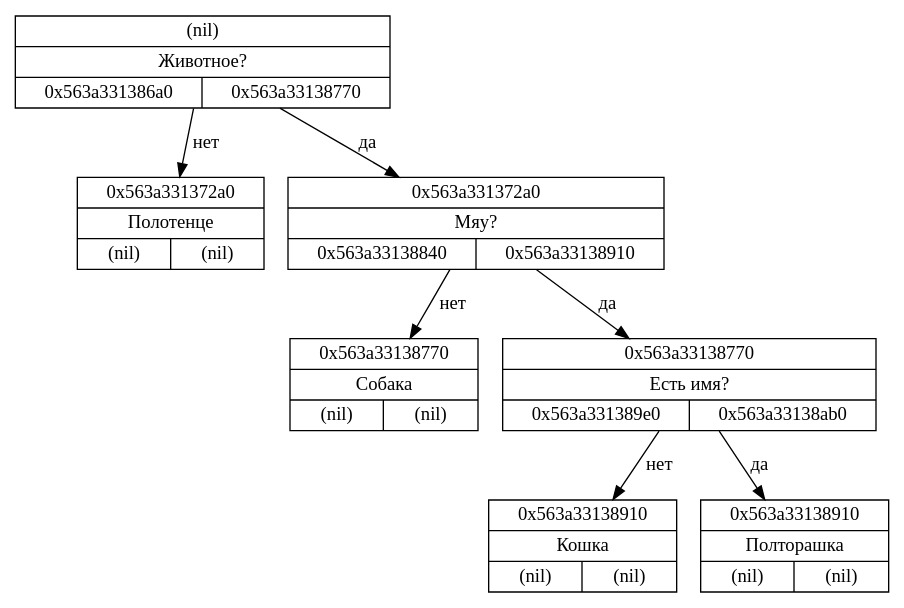
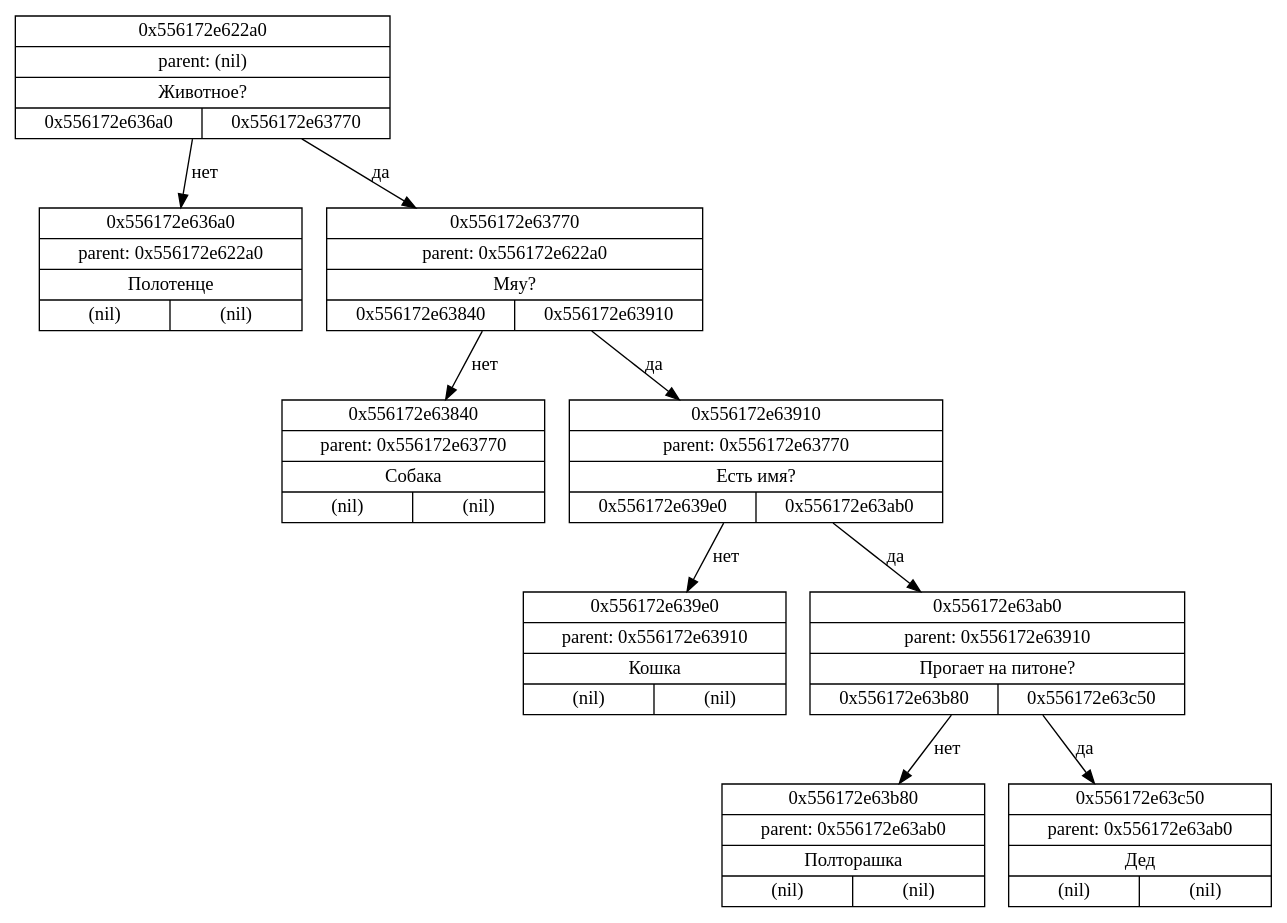
Before and after one commit to asbolt/tree: the diagram in dot.dot, drawn with Graphviz. The commit also changed 11 other files, not shown here.

```diff
--- a/dot.dot
+++ b/dot.dot
@@ -1,16 +1,20 @@
 digraph G{
 rankdir=HR;
-node0x563a331372a0 [shape=record, label = "{(nil) | {Животное?} | {0x563a331386a0 | 0x563a33138770}}", rang = 0]
-node0x563a331386a0 [shape=record, label = "{0x563a331372a0 | {Полотенце} | {(nil) | (nil)}}", rang = 1]
-node0x563a33138770 [shape=record, label = "{0x563a331372a0 | {Мяу?} | {0x563a33138840 | 0x563a33138910}}", rang = 1]
-node0x563a33138840 [shape=record, label = "{0x563a33138770 | {Собака} | {(nil) | (nil)}}", rang = 2]
-node0x563a33138910 [shape=record, label = "{0x563a33138770 | {Есть имя?} | {0x563a331389e0 | 0x563a33138ab0}}", rang = 2]
-node0x563a331389e0 [shape=record, label = "{0x563a33138910 | {Кошка} | {(nil) | (nil)}}", rang = 3]
-node0x563a33138ab0 [shape=record, label = "{0x563a33138910 | {Полторашка} | {(nil) | (nil)}}", rang = 3]
-node0x563a331372a0 -> node0x563a331386a0 [label = "нет"]
-node0x563a331372a0 -> node0x563a33138770 [label = "да"]
-node0x563a33138770 -> node0x563a33138840 [label = "нет"]
-node0x563a33138770 -> node0x563a33138910 [label = "да"]
-node0x563a33138910 -> node0x563a331389e0 [label = "нет"]
-node0x563a33138910 -> node0x563a33138ab0 [label = "да"]
+node0x556172e622a0 [shape=record, label = "{0x556172e622a0 | parent: (nil) | {Животное?} | {0x556172e636a0 | 0x556172e63770}}", rang = 0]
+node0x556172e636a0 [shape=record, label = "{0x556172e636a0 | parent: 0x556172e622a0 | {Полотенце} | {(nil) | (nil)}}", rang = 1]
+node0x556172e63770 [shape=record, label = "{0x556172e63770 | parent: 0x556172e622a0 | {Мяу?} | {0x556172e63840 | 0x556172e63910}}", rang = 1]
+node0x556172e63840 [shape=record, label = "{0x556172e63840 | parent: 0x556172e63770 | {Собака} | {(nil) | (nil)}}", rang = 2]
+node0x556172e63910 [shape=record, label = "{0x556172e63910 | parent: 0x556172e63770 | {Есть имя?} | {0x556172e639e0 | 0x556172e63ab0}}", rang = 2]
+node0x556172e639e0 [shape=record, label = "{0x556172e639e0 | parent: 0x556172e63910 | {Кошка} | {(nil) | (nil)}}", rang = 3]
+node0x556172e63ab0 [shape=record, label = "{0x556172e63ab0 | parent: 0x556172e63910 | {Прогает на питоне?} | {0x556172e63b80 | 0x556172e63c50}}", rang = 3]
+node0x556172e63b80 [shape=record, label = "{0x556172e63b80 | parent: 0x556172e63ab0 | {Полторашка} | {(nil) | (nil)}}", rang = 4]
+node0x556172e63c50 [shape=record, label = "{0x556172e63c50 | parent: 0x556172e63ab0 | {Дед} | {(nil) | (nil)}}", rang = 4]
+node0x556172e622a0 -> node0x556172e636a0 [label = "нет"]
+node0x556172e622a0 -> node0x556172e63770 [label = "да"]
+node0x556172e63770 -> node0x556172e63840 [label = "нет"]
+node0x556172e63770 -> node0x556172e63910 [label = "да"]
+node0x556172e63910 -> node0x556172e639e0 [label = "нет"]
+node0x556172e63910 -> node0x556172e63ab0 [label = "да"]
+node0x556172e63ab0 -> node0x556172e63b80 [label = "нет"]
+node0x556172e63ab0 -> node0x556172e63c50 [label = "да"]
 }
```
